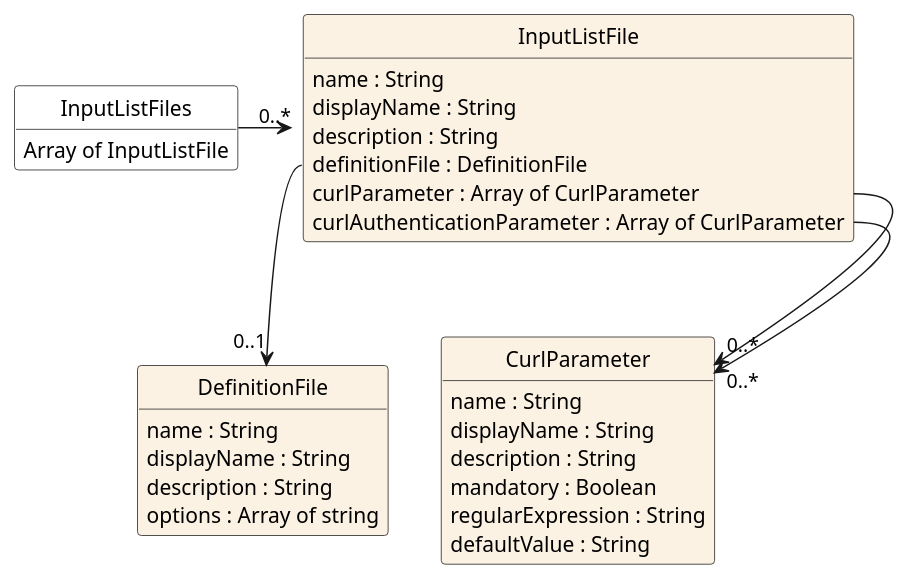
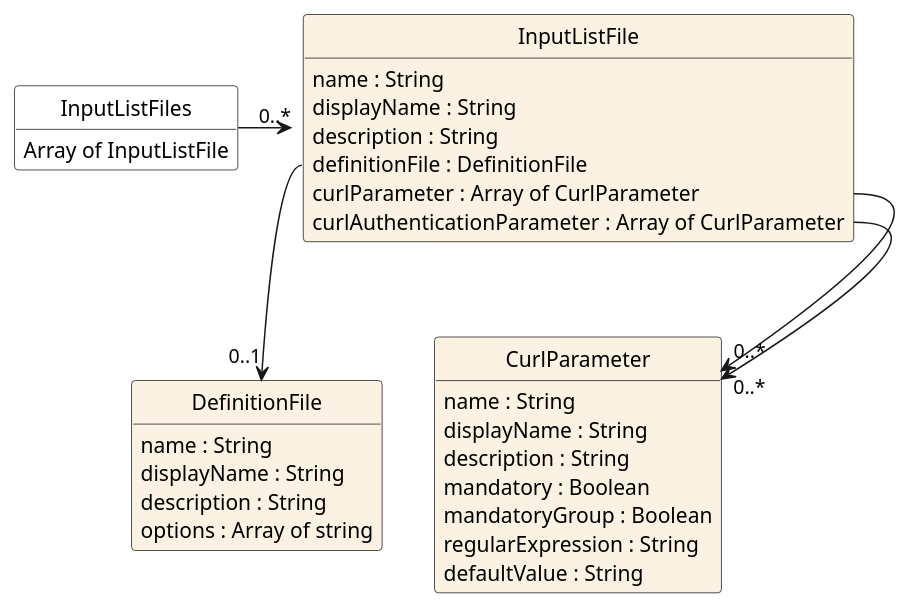
One commit to jfudickar/json2puml changed the diagram in documentation/models/getinputlistfiles/getinputlistfiles.puml. Above: the diagram before and after it, drawn with PlantUML. The commit also changed 44 other files, not shown here.

```diff
--- a/documentation/models/getinputlistfiles/getinputlistfiles.puml
+++ b/documentation/models/getinputlistfiles/getinputlistfiles.puml
@@ -1,49 +1,50 @@
 @startuml
 hide circle
 hide methods
 hide stereotype
 show <<Enumeration>> stereotype
 skinparam class {
    BackgroundColor<<Enumeration>> #E6F5F7
    BackgroundColor<<Ref>> #FFFFE0
    BackgroundColor<<Pivot>> #FFFFFFF
    BackgroundColor #FCF2E3
 }
 
 class DefinitionFile{
    name : String
    displayName : String
    description : String
    options : Array of string
 }
 class CurlParameter{
    name : String
    displayName : String
    description : String
    mandatory : Boolean
+   mandatoryGroup : Boolean
    regularExpression : String
    defaultValue : String
 }
 
 class InputListFile {
    name : String
    displayName : String
    description : String
    definitionFile : DefinitionFile
    curlParameter : Array of CurlParameter
    curlAuthenticationParameter : Array of CurlParameter
 }
 
 class InputListFiles <<pivot>>{
    Array of InputListFile
 }
 InputListFiles -right-> "0..*" InputListFile
 InputListFile::definitionFile --> "0..1" DefinitionFile
 InputListFile::curlParameter --> "0..*" CurlParameter
 InputListFile::curlAuthenticationParameter -> "0..*" CurlParameter
 
 CurlParameter -[hidden]up-> DefinitionFile
 CurlParameter <-[hidden]left- DefinitionFile
 
 
 @enduml
```
